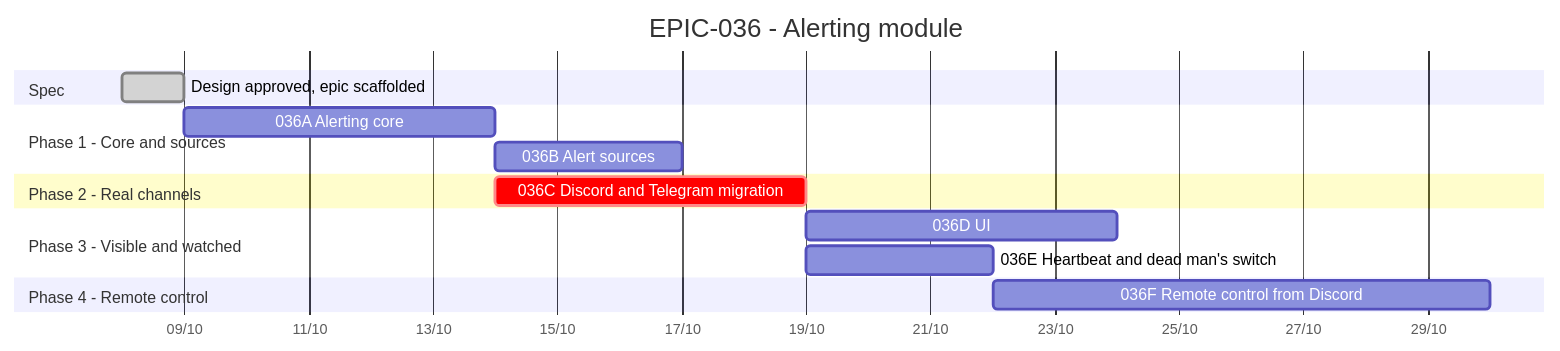
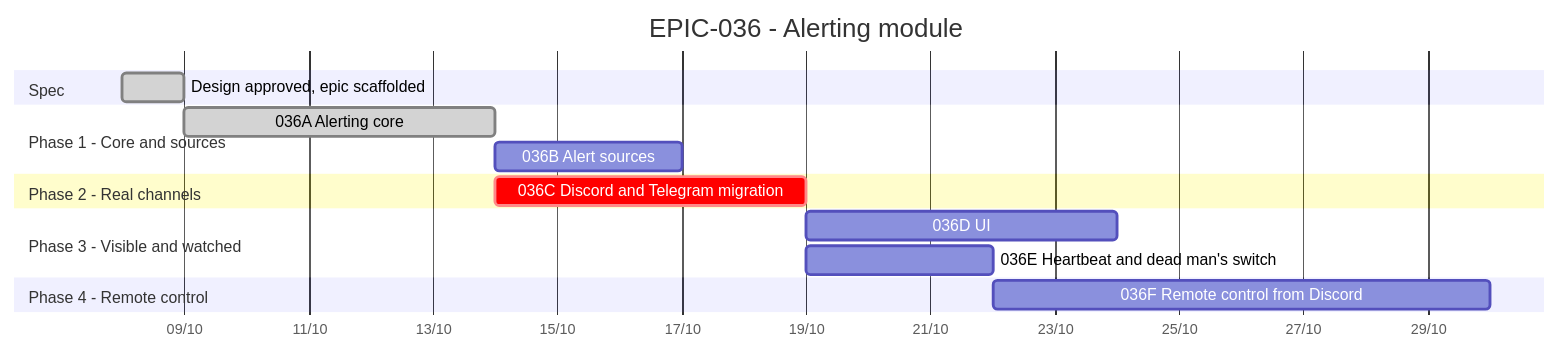
One commit to anhembedded/Sagittarius_Elite_Warrior changed the diagram in Tasks/epics/EPIC-036_alerting_module/TRACKING.md. Above: the diagram before and after it, drawn with Mermaid. The commit also changed other lines of this file and 14 other files, not shown here.

First line of the commit message:
docs(epic-036): close EPIC-036A and record where the alerting core stands

````diff
--- a/Tasks/epics/EPIC-036_alerting_module/TRACKING.md
+++ b/Tasks/epics/EPIC-036_alerting_module/TRACKING.md
@@ -12,23 +12,23 @@
 ```mermaid
 gantt
     title EPIC-036 - Alerting module
     dateFormat  YYYY-MM-DD
     axisFormat  %d/%m
 
     section Spec
     Design approved, epic scaffolded      :done, s1, 2026-10-08, 1d
 
     section Phase 1 - Core and sources
-    036A Alerting core                    :a, after s1, 5d
+    036A Alerting core                    :done, a, after s1, 5d
     036B Alert sources                    :b, after a, 3d
 
     section Phase 2 - Real channels
     036C Discord and Telegram migration   :crit, c, after a, 5d
 
     section Phase 3 - Visible and watched
     036D UI                               :d, after c, 5d
     036E Heartbeat and dead man's switch  :e, after c, 3d
 
     section Phase 4 - Remote control
     036F Remote control from Discord      :f, after e, 8d
 ```
````
